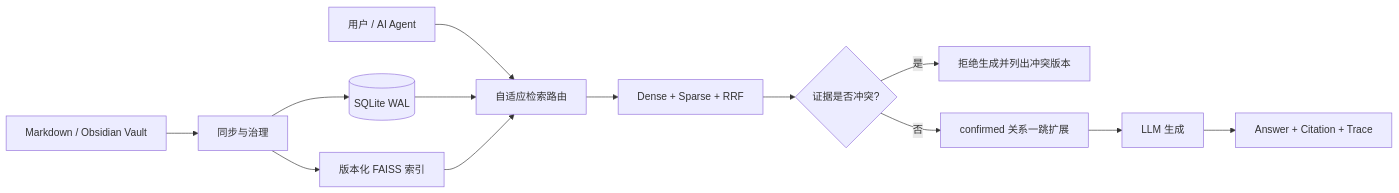
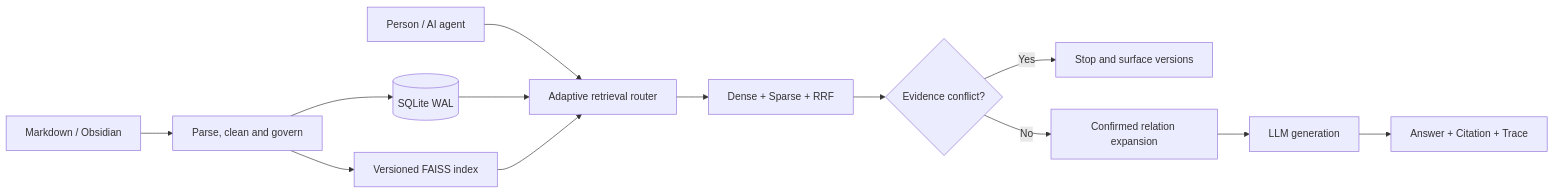
The diagram in README.md (kayon0209/mindgraph), drawn with Mermaid before and after one commit. The commit also changed other lines of this file and 1 other file, not shown here.

````diff
--- a/README.md
+++ b/README.md
@@ -123,15 +106,15 @@
 ```mermaid
 flowchart LR
-    A[Markdown / Obsidian Vault] --> B[同步与治理]
+    A[Markdown / Obsidian] --> B[Parse, clean and govern]
     B --> C[(SQLite WAL)]
-    B --> D[版本化 FAISS 索引]
-    Q[用户 / AI Agent] --> R[自适应检索路由]
+    B --> D[Versioned FAISS index]
+    Q[Person / AI agent] --> R[Adaptive retrieval router]
     C --> R
     D --> R
     R --> F[Dense + Sparse + RRF]
-    F --> G{证据是否冲突?}
-    G -- 是 --> H[拒绝生成并列出冲突版本]
-    G -- 否 --> I[confirmed 关系一跳扩展]
-    I --> J[LLM 生成]
+    F --> G{Evidence conflict?}
+    G -- Yes --> H[Stop and surface versions]
+    G -- No --> I[Confirmed relation expansion]
+    I --> J[LLM generation]
     J --> K[Answer + Citation + Trace]
 ```
````
